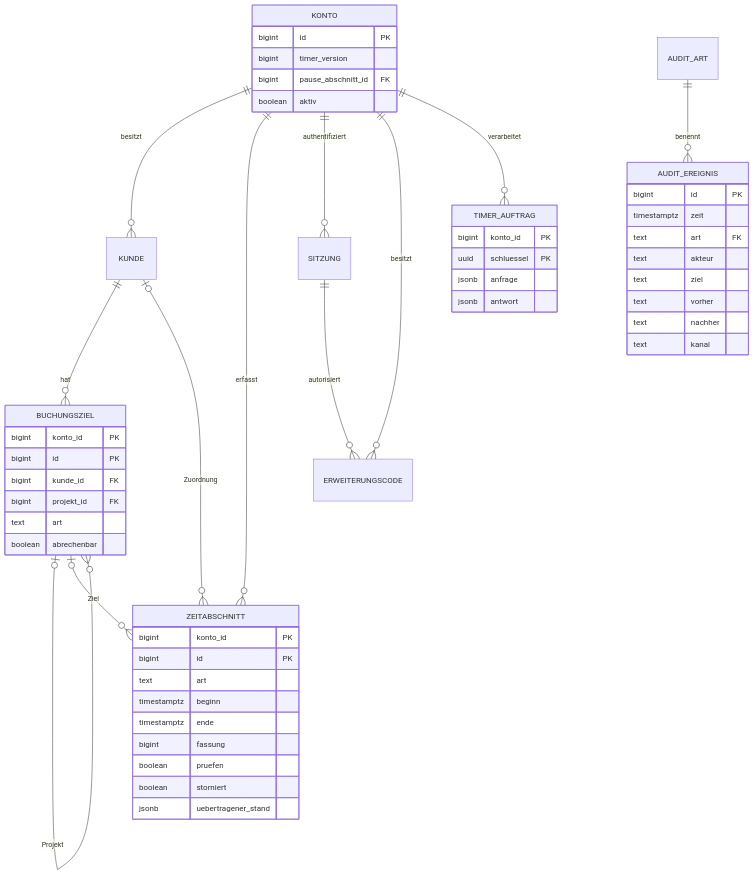
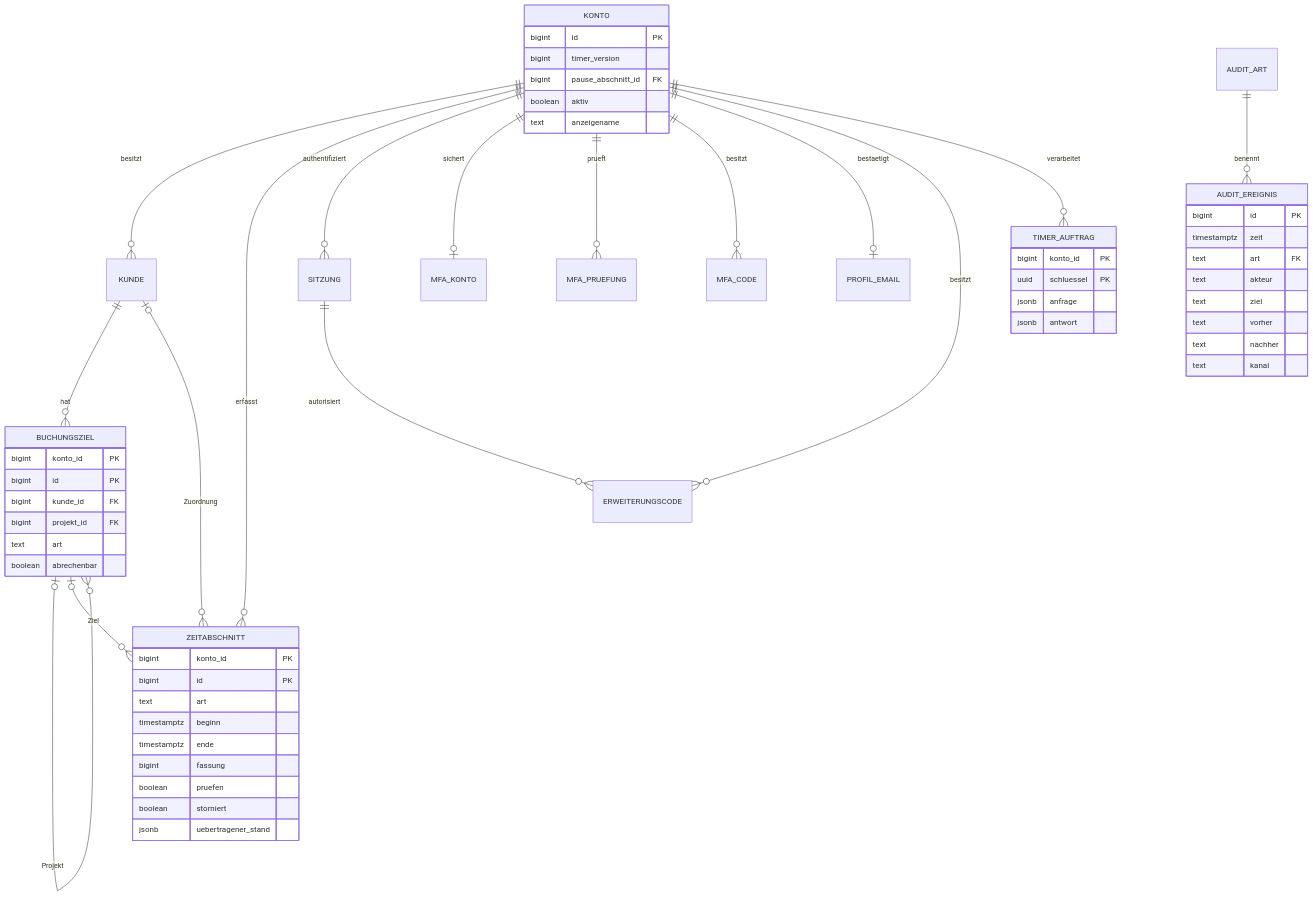
The diagram in DATENMODELL.md (larsborgwardt/timereal), drawn with Mermaid before and after one commit. The commit also changed other lines of this file and 75 other files, not shown here.

````diff
--- a/DATENMODELL.md
+++ b/DATENMODELL.md
@@ -5,55 +5,60 @@
 ```mermaid
 erDiagram
   KONTO ||--o{ KUNDE : besitzt
   KUNDE ||--o{ BUCHUNGSZIEL : hat
   BUCHUNGSZIEL o|--o{ BUCHUNGSZIEL : Projekt
   KONTO ||--o{ ZEITABSCHNITT : erfasst
   KUNDE o|--o{ ZEITABSCHNITT : Zuordnung
   BUCHUNGSZIEL o|--o{ ZEITABSCHNITT : Ziel
   KONTO ||--o{ SITZUNG : authentifiziert
+  KONTO ||--o| MFA_KONTO : sichert
+  KONTO ||--o{ MFA_PRUEFUNG : prueft
+  KONTO ||--o{ MFA_CODE : besitzt
+  KONTO ||--o| PROFIL_EMAIL : bestaetigt
   SITZUNG ||--o{ ERWEITERUNGSCODE : autorisiert
   KONTO ||--o{ ERWEITERUNGSCODE : besitzt
   KONTO ||--o{ TIMER_AUFTRAG : verarbeitet
   AUDIT_ART ||--o{ AUDIT_EREIGNIS : benennt
   AUDIT_EREIGNIS {
     bigint id PK
     timestamptz zeit
     text art FK
     text akteur
     text ziel
     text vorher
     text nachher
     text kanal
   }
   KONTO {
     bigint id PK
     bigint timer_version
     bigint pause_abschnitt_id FK
     boolean aktiv
+    text anzeigename
   }
   BUCHUNGSZIEL {
     bigint konto_id PK
     bigint id PK
     bigint kunde_id FK
     bigint projekt_id FK
     text art
     boolean abrechenbar
   }
   ZEITABSCHNITT {
     bigint konto_id PK
     bigint id PK
     text art
     timestamptz beginn
     timestamptz ende
     bigint fassung
     boolean pruefen
     boolean storniert
     jsonb uebertragener_stand
   }
   TIMER_AUFTRAG {
     bigint konto_id PK
     uuid schluessel PK
     jsonb anfrage
     jsonb antwort
   }
 ```
````
